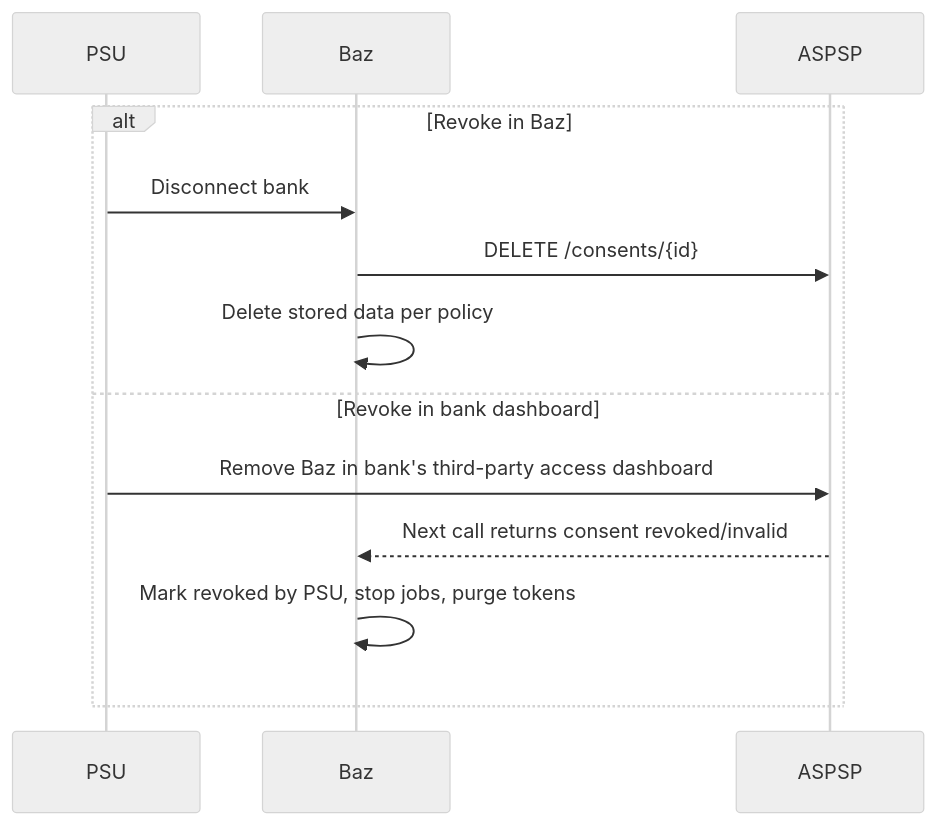
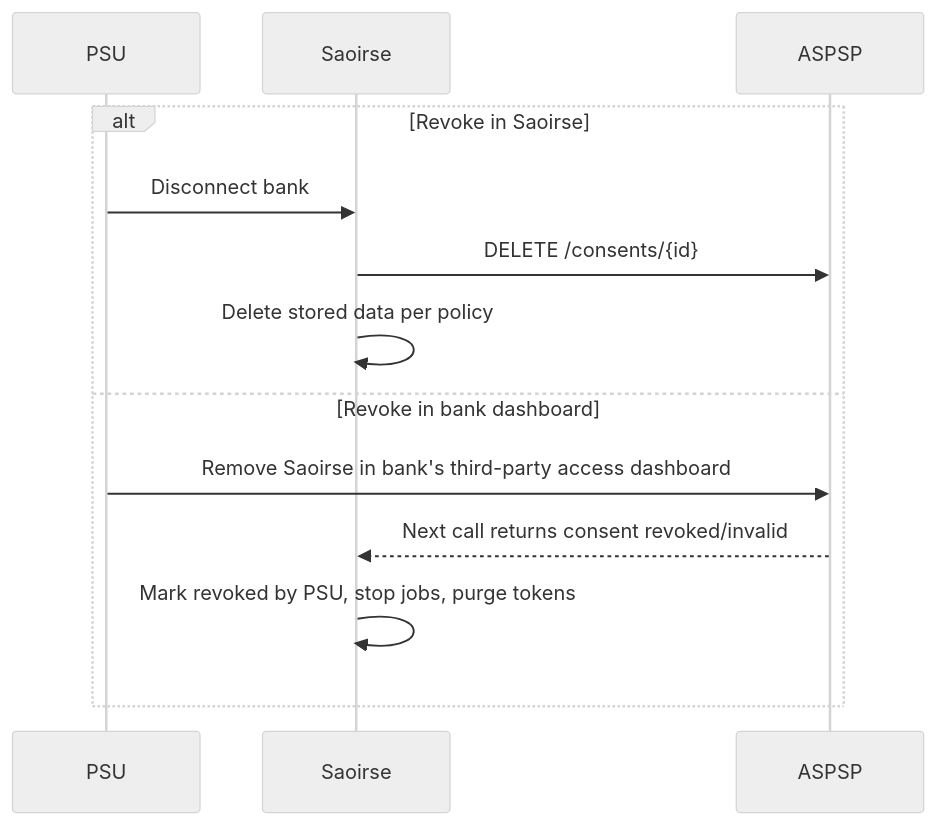
One commit to chris-88/saoi-docs changed the fifth of 7 diagrams in src/content/docs/open-banking/roadmap.md. Above: the diagram before and after it, drawn with Mermaid (neutral theme). The commit also changed other lines of this file and 8 other files, not shown here.

````diff
--- a/src/content/docs/open-banking/roadmap.md
+++ b/src/content/docs/open-banking/roadmap.md
@@ -109,15 +109,15 @@
 ```mermaid
 sequenceDiagram
   participant P as PSU
-  participant B as Baz
+  participant B as Saoirse
   participant A as ASPSP
-  alt Revoke in Baz
+  alt Revoke in Saoirse
     P->>B: Disconnect bank
     B->>A: DELETE /consents/{id}
     B->>B: Delete stored data per policy
   else Revoke in bank dashboard
-    P->>A: Remove Baz in bank's third-party access dashboard
+    P->>A: Remove Saoirse in bank's third-party access dashboard
     A-->>B: Next call returns consent revoked/invalid
     B->>B: Mark revoked by PSU, stop jobs, purge tokens
   end
 ```
````
